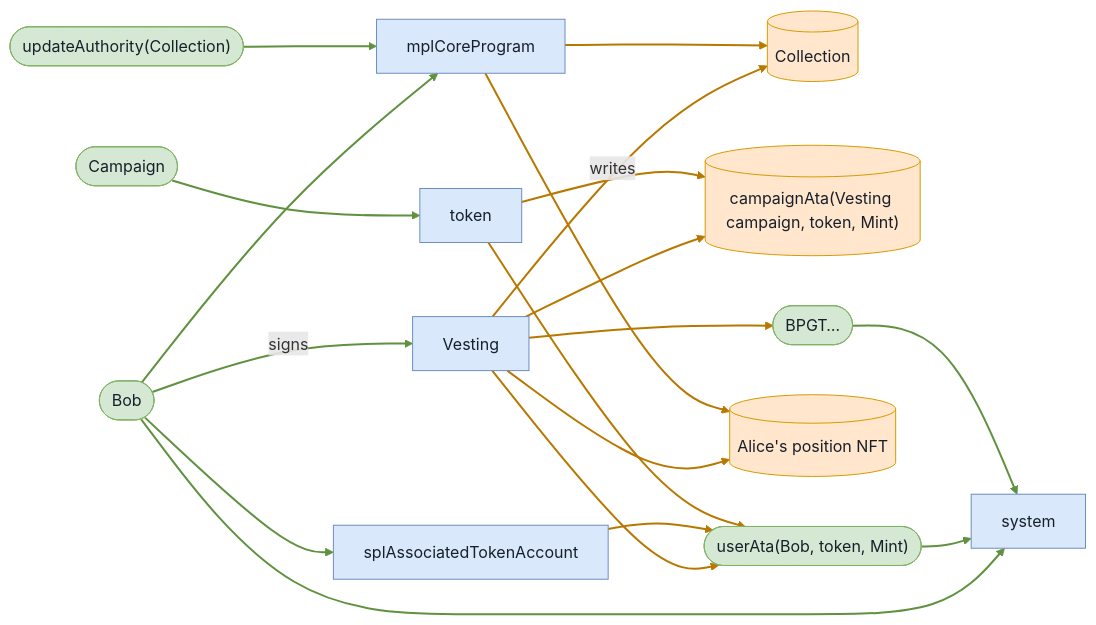
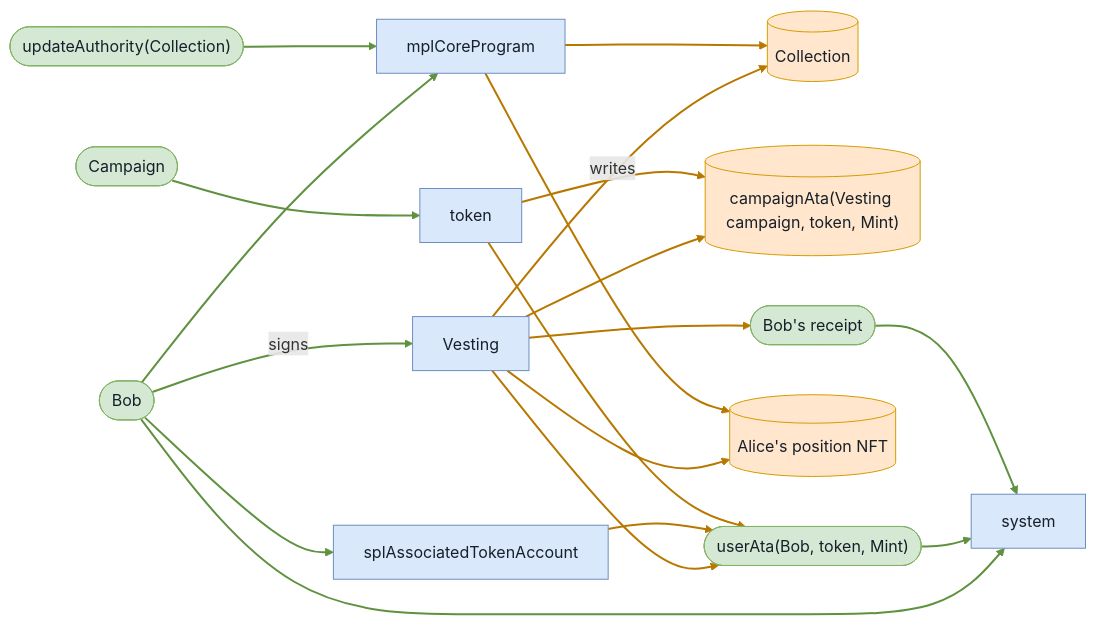
One commit to cds-turbin3/vesting-position changed diagram 23 of 36 in md-reports-babelfish/full_lifecycle.md. Above: the diagram before and after it, drawn with Mermaid. The commit also changed other lines of this file and 62 other files, not shown here.

````diff
--- a/md-reports-babelfish/full_lifecycle.md
+++ b/md-reports-babelfish/full_lifecycle.md
@@ -986,39 +986,39 @@
 ```mermaid
 flowchart LR
     Vesting["Vesting"]:::program
     Bob(["Bob"]):::signer
     Collection[("Collection")]:::state
     campaignAtaVestingcampaigntokenMint[("campaignAta(Vesting campaign, token, Mint)")]:::state
     userAtaBobtokenMint(["userAta(Bob, token, Mint)"]):::signer
     AlicespositionNFT[("Alice's position NFT")]:::state
-    BPGT(["BPGT…"]):::signer
+    Bobsreceipt(["Bob's receipt"]):::signer
     splAssociatedTokenAccount["splAssociatedTokenAccount"]:::program
     token["token"]:::program
     system["system"]:::program
     mplCoreProgram["mplCoreProgram"]:::program
     updateAuthorityCollection(["updateAuthority(Collection)"]):::signer
     Campaign(["Campaign"]):::signer
     Bob -->|signs| Vesting
     Vesting -->|writes| Collection
     Vesting --> campaignAtaVestingcampaigntokenMint
     Vesting --> userAtaBobtokenMint
     Vesting --> AlicespositionNFT
-    Vesting --> BPGT
+    Vesting --> Bobsreceipt
     Bob --> splAssociatedTokenAccount
     splAssociatedTokenAccount --> userAtaBobtokenMint
     Bob --> system
     userAtaBobtokenMint --> system
     token --> userAtaBobtokenMint
-    BPGT --> system
+    Bobsreceipt --> system
     mplCoreProgram --> AlicespositionNFT
     mplCoreProgram --> Collection
     Bob --> mplCoreProgram
     updateAuthorityCollection --> mplCoreProgram
     token --> campaignAtaVestingcampaigntokenMint
     Campaign --> token
     classDef program fill:#dae8fc,stroke:#6c8ebf,color:#17202a;
     classDef signer fill:#d5e8d4,stroke:#82b366,color:#17202a;
     classDef state fill:#ffe6cc,stroke:#d79b00,color:#17202a;
     linkStyle 0,6,8,9,11,14,15,17 stroke:#5f913f,stroke-width:2px
     linkStyle 1,2,3,4,5,7,10,12,13,16 stroke:#b87800,stroke-width:2px
 ```
````
